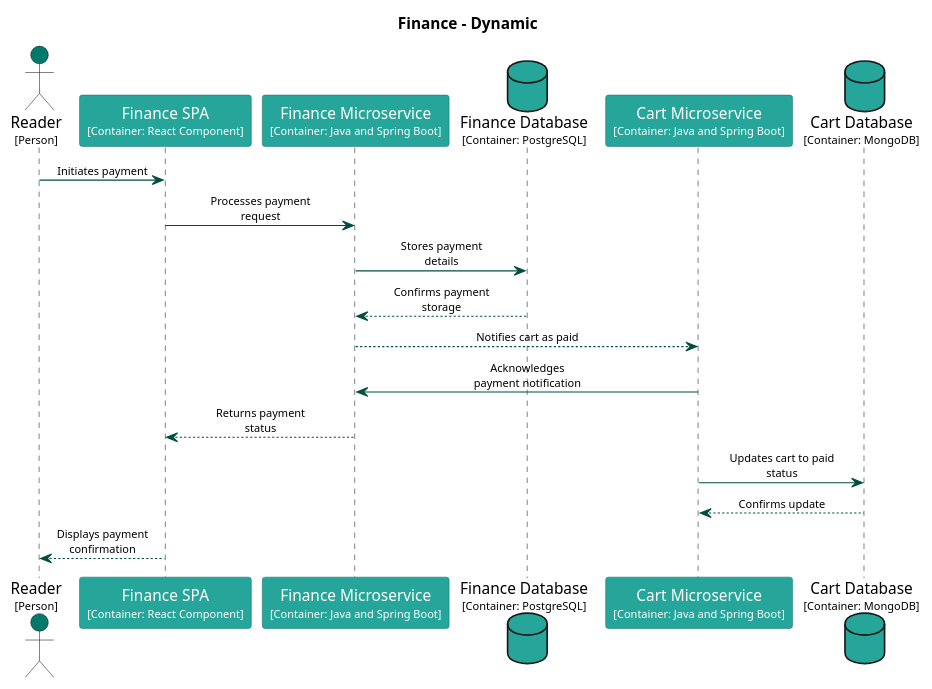
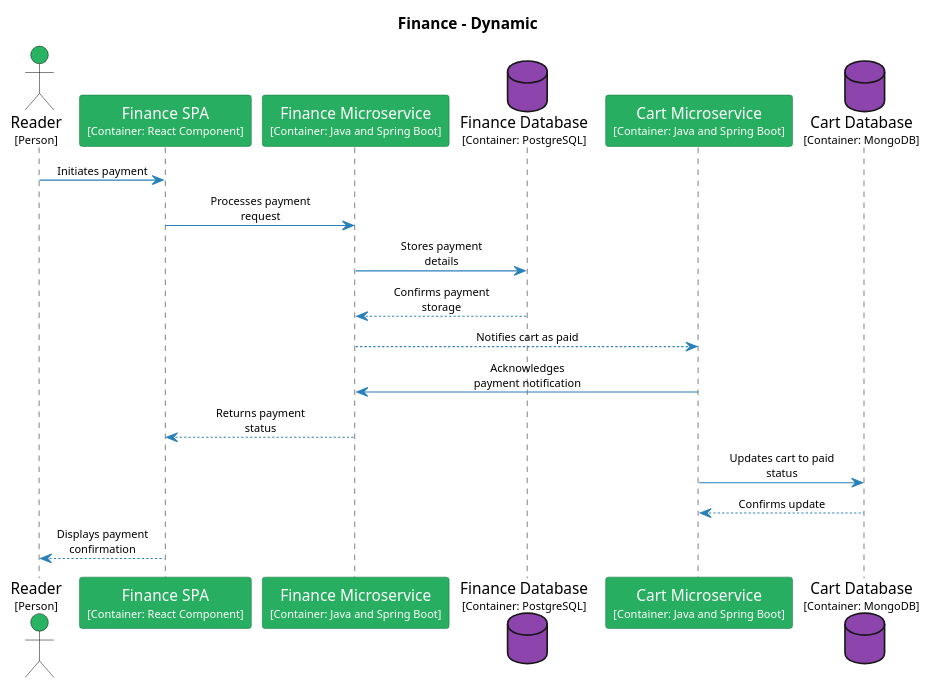
One commit to Goodmorning918/E-Library-Architecture changed the diagram in main/puml/make-payment.puml. Above: the diagram before and after it, drawn with PlantUML. The commit also changed 169 other files, not shown here.

Commit message:
Deploying to gh-pages from @ Goodmorning918/E-Library-Architecture@5575a2e2585bacf25a31136d9ee4edd99183c80b 🚀

```diff
--- a/main/puml/make-payment.puml
+++ b/main/puml/make-payment.puml
@@ -1,67 +1,67 @@
 @startuml
 set separator none
 title Finance - Dynamic
 
 skinparam {
   arrowFontSize 10
   defaultTextAlignment center
   wrapWidth 200
   maxMessageSize 100
 }
 
 hide stereotype
 
 skinparam sequenceParticipant<<Cart.CartDatabase>> {
-  BackgroundColor #26a69a
+  BackgroundColor #8e44ad
   FontColor #ffffff
-  BorderColor #1a746b
+  BorderColor #632f79
   shadowing false
 }
 skinparam sequenceParticipant<<Cart.CartMicroservice>> {
-  BackgroundColor #26a69a
+  BackgroundColor #27ae60
   FontColor #ffffff
-  BorderColor #1a746b
+  BorderColor #1b7943
   shadowing false
 }
 skinparam sequenceParticipant<<Finance.FinanceDatabase>> {
-  BackgroundColor #26a69a
+  BackgroundColor #8e44ad
   FontColor #ffffff
-  BorderColor #1a746b
+  BorderColor #632f79
   shadowing false
 }
 skinparam sequenceParticipant<<Finance.FinanceMicroservice>> {
-  BackgroundColor #26a69a
+  BackgroundColor #27ae60
   FontColor #ffffff
-  BorderColor #1a746b
+  BorderColor #1b7943
   shadowing false
 }
 skinparam sequenceParticipant<<Finance.FinanceSPA>> {
-  BackgroundColor #26a69a
+  BackgroundColor #27ae60
   FontColor #ffffff
-  BorderColor #1a746b
+  BorderColor #1b7943
   shadowing false
 }
 skinparam sequenceParticipant<<Reader>> {
-  BackgroundColor #00796b
+  BackgroundColor #28b463
   FontColor #ffffff
-  BorderColor #00544a
+  BorderColor #1c7d45
   shadowing false
 }
 
-actor "Reader\n<size:10>[Person]</size>" as Reader <<Reader>> #00796b
-participant "Finance SPA\n<size:10>[Container: React Component]</size>" as Finance.FinanceSPA <<Finance.FinanceSPA>> #26a69a
-participant "Finance Microservice\n<size:10>[Container: Java and Spring Boot]</size>" as Finance.FinanceMicroservice <<Finance.FinanceMicroservice>> #26a69a
-database "Finance Database\n<size:10>[Container: PostgreSQL]</size>" as Finance.FinanceDatabase <<Finance.FinanceDatabase>> #26a69a
-participant "Cart Microservice\n<size:10>[Container: Java and Spring Boot]</size>" as Cart.CartMicroservice <<Cart.CartMicroservice>> #26a69a
-database "Cart Database\n<size:10>[Container: MongoDB]</size>" as Cart.CartDatabase <<Cart.CartDatabase>> #26a69a
-Reader -[#004d40]> Finance.FinanceSPA : Initiates payment
-Finance.FinanceSPA -[#004d40]> Finance.FinanceMicroservice : Processes payment request
-Finance.FinanceMicroservice -[#004d40]> Finance.FinanceDatabase : Stores payment details
-Finance.FinanceMicroservice <-[#004d40]- Finance.FinanceDatabase : Confirms payment storage
-Cart.CartMicroservice <-[#004d40]- Finance.FinanceMicroservice : Notifies cart as paid
-Cart.CartMicroservice -[#004d40]> Finance.FinanceMicroservice : Acknowledges payment notification
-Finance.FinanceSPA <-[#004d40]- Finance.FinanceMicroservice : Returns payment status
-Cart.CartMicroservice -[#004d40]> Cart.CartDatabase : Updates cart to paid status
-Cart.CartMicroservice <-[#004d40]- Cart.CartDatabase : Confirms update
-Reader <-[#004d40]- Finance.FinanceSPA : Displays payment confirmation
+actor "Reader\n<size:10>[Person]</size>" as Reader <<Reader>> #28b463
+participant "Finance SPA\n<size:10>[Container: React Component]</size>" as Finance.FinanceSPA <<Finance.FinanceSPA>> #27ae60
+participant "Finance Microservice\n<size:10>[Container: Java and Spring Boot]</size>" as Finance.FinanceMicroservice <<Finance.FinanceMicroservice>> #27ae60
+database "Finance Database\n<size:10>[Container: PostgreSQL]</size>" as Finance.FinanceDatabase <<Finance.FinanceDatabase>> #8e44ad
+participant "Cart Microservice\n<size:10>[Container: Java and Spring Boot]</size>" as Cart.CartMicroservice <<Cart.CartMicroservice>> #27ae60
+database "Cart Database\n<size:10>[Container: MongoDB]</size>" as Cart.CartDatabase <<Cart.CartDatabase>> #8e44ad
+Reader -[#2980b9]> Finance.FinanceSPA : Initiates payment
+Finance.FinanceSPA -[#2980b9]> Finance.FinanceMicroservice : Processes payment request
+Finance.FinanceMicroservice -[#2980b9]> Finance.FinanceDatabase : Stores payment details
+Finance.FinanceMicroservice <-[#2980b9]- Finance.FinanceDatabase : Confirms payment storage
+Cart.CartMicroservice <-[#2980b9]- Finance.FinanceMicroservice : Notifies cart as paid
+Cart.CartMicroservice -[#2980b9]> Finance.FinanceMicroservice : Acknowledges payment notification
+Finance.FinanceSPA <-[#2980b9]- Finance.FinanceMicroservice : Returns payment status
+Cart.CartMicroservice -[#2980b9]> Cart.CartDatabase : Updates cart to paid status
+Cart.CartMicroservice <-[#2980b9]- Cart.CartDatabase : Confirms update
+Reader <-[#2980b9]- Finance.FinanceSPA : Displays payment confirmation
 @enduml
```
